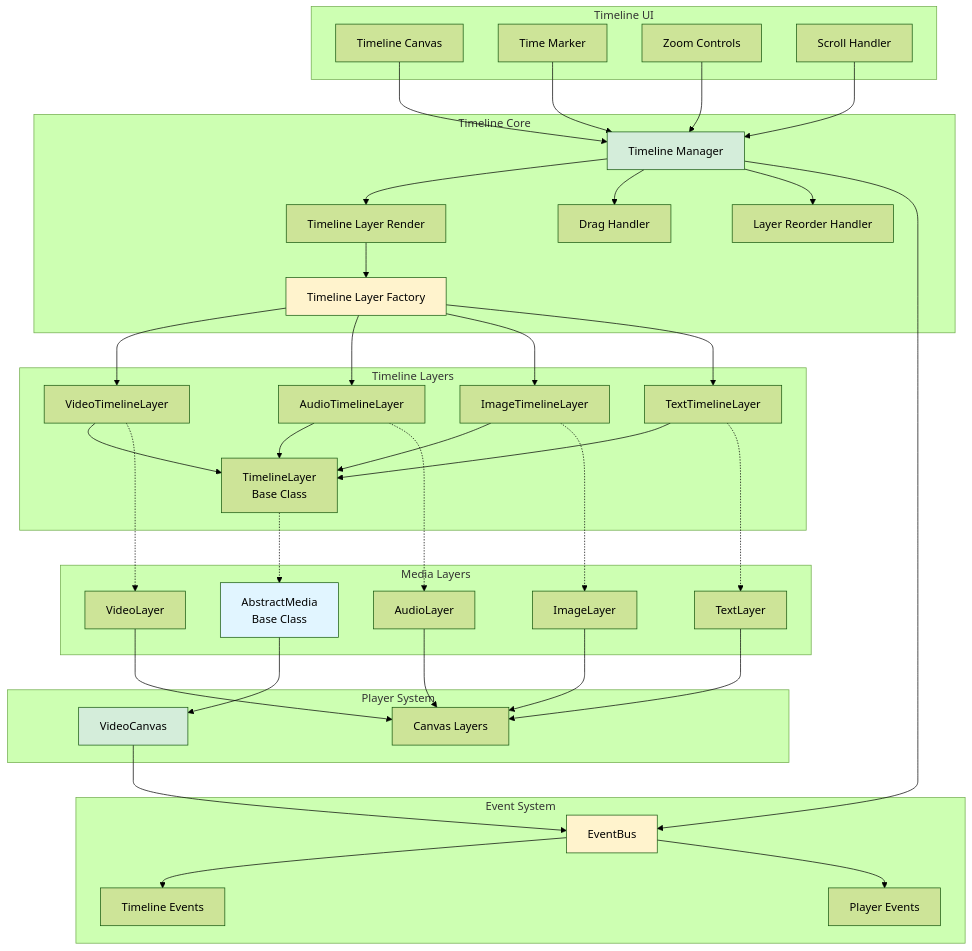
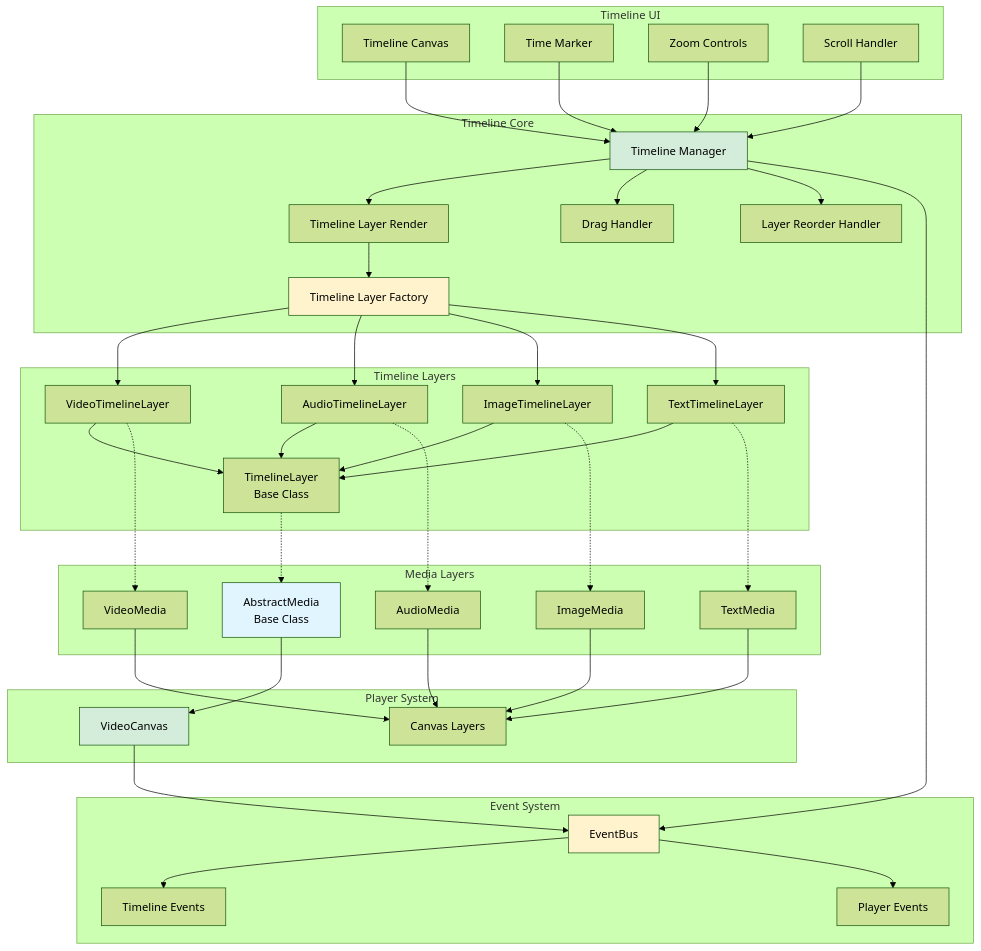
One commit to apssouza22/web-video-edit changed the first of 15 diagrams in docs/architecture/05-timeline-layers.md. Above: the diagram before and after it, drawn with Mermaid (forest theme). The commit also changed other lines of this file and 30 other files, not shown here.

```diff
--- a/docs/architecture/05-timeline-layers.md
+++ b/docs/architecture/05-timeline-layers.md
@@ -33,10 +33,10 @@
     
     subgraph "Media Layers"
         MediaBase[AbstractMedia<br/>Base Class]
-        VideoLayer[VideoLayer]
-        AudioLayer[AudioLayer]
-        ImageLayer[ImageLayer]
-        TextLayer[TextLayer]
+        VideoMedia[VideoMedia]
+        AudioMedia[AudioMedia]
+        ImageMedia[ImageMedia]
+        TextMedia[TextMedia]
     end
     
     subgraph "Player System"
@@ -71,16 +71,16 @@
     TextTL --> TLBase
     
     TLBase -.-> MediaBase
-    VideoTL -.-> VideoLayer
-    AudioTL -.-> AudioLayer
-    ImageTL -.-> ImageLayer
-    TextTL -.-> TextLayer
+    VideoTL -.-> VideoMedia
+    AudioTL -.-> AudioMedia
+    ImageTL -.-> ImageMedia
+    TextTL -.-> TextMedia
     
     MediaBase --> Player
-    VideoLayer --> CanvasLayers
-    AudioLayer --> CanvasLayers
-    ImageLayer --> CanvasLayers
-    TextLayer --> CanvasLayers
+    VideoMedia --> CanvasLayers
+    AudioMedia --> CanvasLayers
+    ImageMedia --> CanvasLayers
+    TextMedia --> CanvasLayers
     
     Timeline --> EventBus
     Player --> EventBus
```
